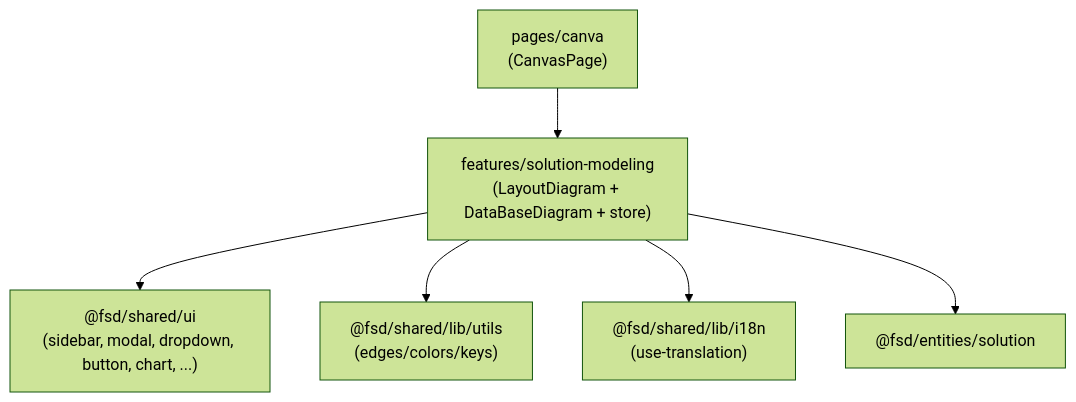
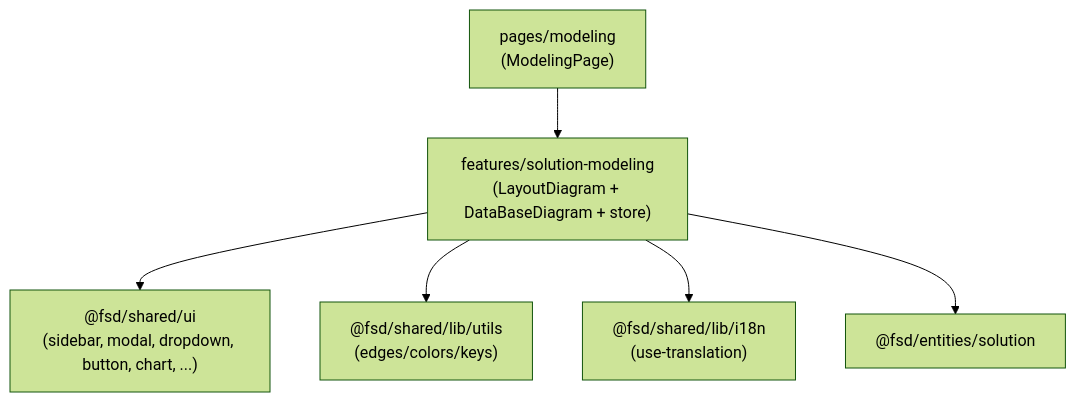
Before and after one commit to QOLQA/DBCapibara-next: the fifth of 10 diagrams in docs/architecture/frontend-fsd-architecture.md, drawn with Mermaid (forest theme). The commit also changed other lines of this file and 16 other files, not shown here.

Commit message:
refactor(frontend): modeling layout unificado y página canva → modeling

````diff
--- a/docs/architecture/frontend-fsd-architecture.md
+++ b/docs/architecture/frontend-fsd-architecture.md
@@ -211,8 +212,8 @@
 ```mermaid
 flowchart TB
-  pageCanva["pages/canva\n(CanvasPage)"] --> featSolutionModeling["features/solution-modeling\n(LayoutDiagram + DataBaseDiagram + store)"]
+  pageCanva["pages/modeling\n(ModelingPage)"] --> featSolutionModeling["features/solution-modeling\n(LayoutDiagram + DataBaseDiagram + store)"]
   featSolutionModeling --> sharedUi["@fsd/shared/ui\n(sidebar, modal, dropdown, button, chart, ...)"]
   featSolutionModeling --> sharedLibUtils["@fsd/shared/lib/utils\n(edges/colors/keys)"]
   featSolutionModeling --> sharedLibI18n["@fsd/shared/lib/i18n\n(use-translation)"]
   featSolutionModeling --> entSolution["@fsd/entities/solution"]
 ```
````
